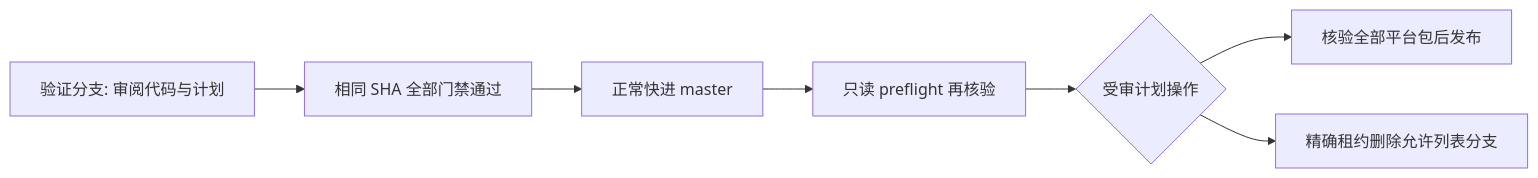
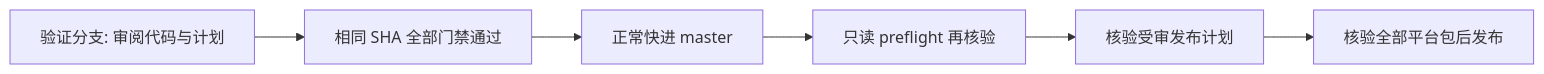
The diagram in docs/发布与分支清理模块.md (barry-ran/peerloom), drawn with Mermaid before and after one commit. The commit also changed other lines of this file and 27 other files, not shown here.

````diff
--- a/docs/发布与分支清理模块.md
+++ b/docs/发布与分支清理模块.md
@@ -9,9 +9,8 @@
 ```mermaid
 flowchart LR
   A[验证分支: 审阅代码与计划] --> B[相同 SHA 全部门禁通过]
   B --> C[正常快进 master]
   C --> D[只读 preflight 再核验]
-  D --> E{受审计划操作}
+  D --> E[核验受审发布计划]
   E --> F[核验全部平台包后发布]
-  E --> G[精确租约删除允许列表分支]
 ```
````
